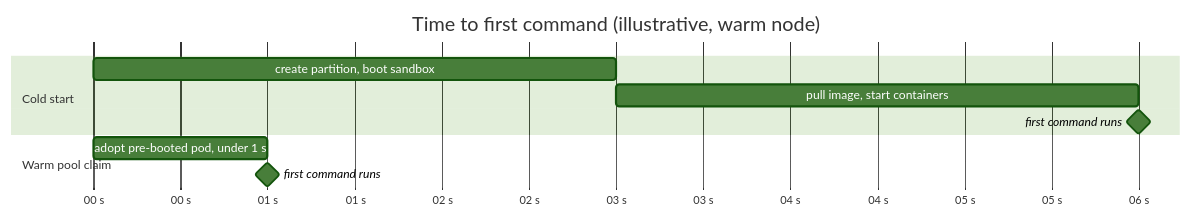
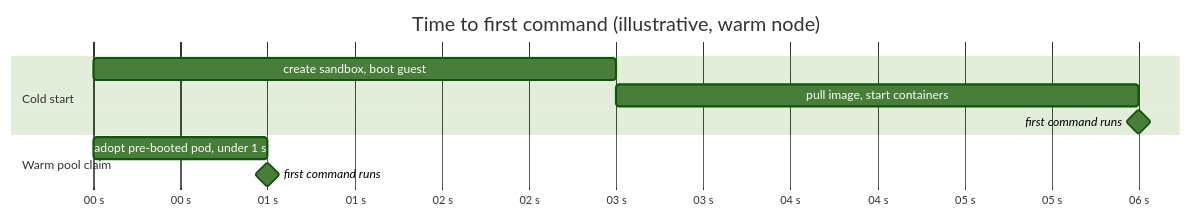
One commit to aws-samples/sample-eks-nitro-sandbox changed the diagram in examples/getting-started/warm-pool/README.md. Above: the diagram before and after it, drawn with Mermaid (forest theme). The commit also changed other lines of this file and 20 other files, not shown here.

````diff
--- a/examples/getting-started/warm-pool/README.md
+++ b/examples/getting-started/warm-pool/README.md
@@ -156,13 +156,13 @@
 ```mermaid
 gantt
     title Time to first command (illustrative, warm node)
     dateFormat  s
     axisFormat  %S s
     section Cold start
-    create partition, boot sandbox :a1, 0, 3s
+    create sandbox, boot guest :a1, 0, 3s
     pull image, start containers :a2, after a1, 3s
     first command runs           :milestone, m1, after a2, 0s
     section Warm pool claim
     adopt pre-booted pod, under 1 s :b1, 0, 1s
     first command runs           :milestone, m2, after b1, 0s
 ```
````
